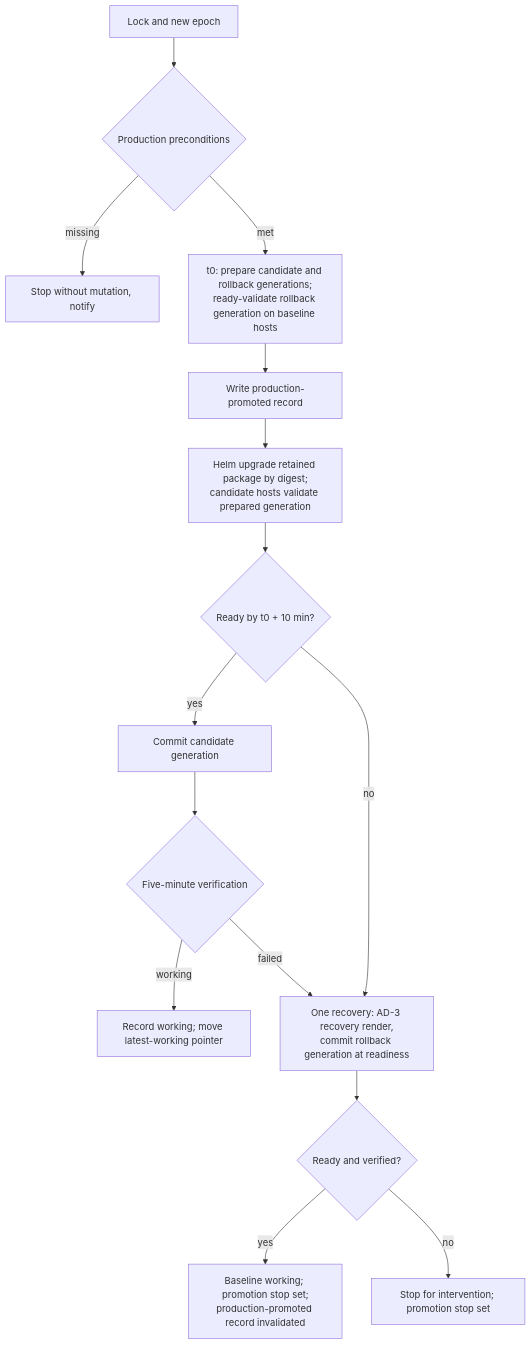
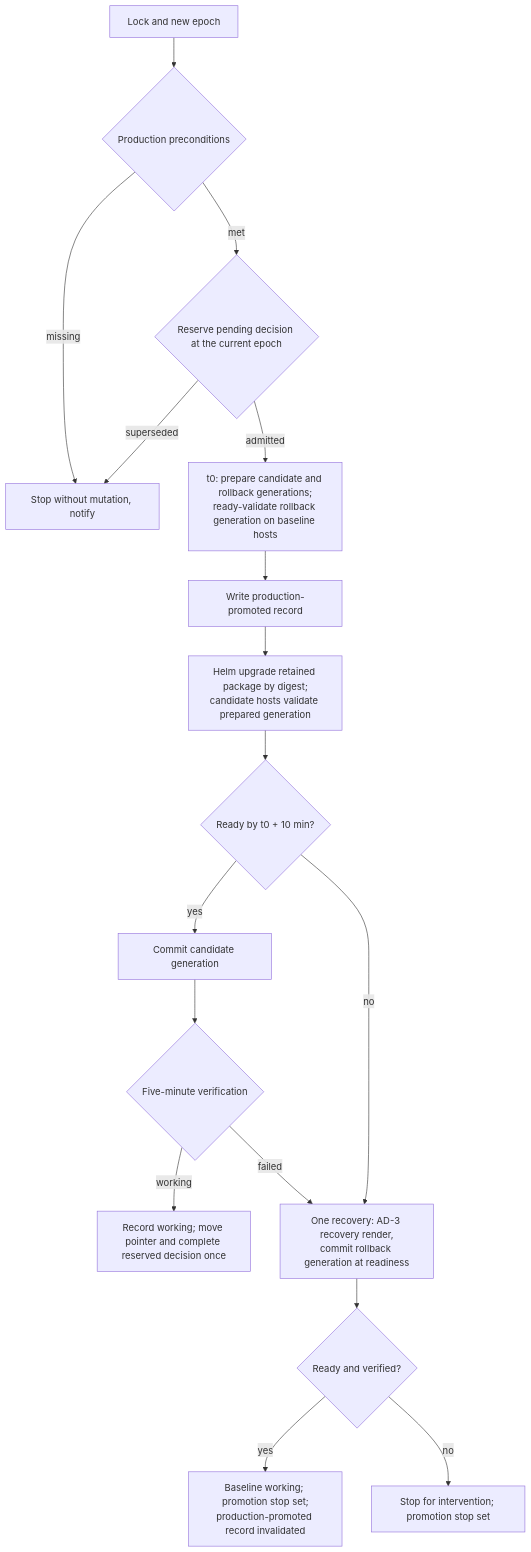
Before and after one commit to Hexalith/Hexalith.Platform: the second of 4 diagrams in _bmad-output/planning-artifacts/architecture/architecture-platform-2026-09-27/ARCHITECTURE-SPINE.md, drawn with Mermaid. The commit also changed other lines of this file and 41 other files, not shown here.

````diff
--- a/_bmad-output/planning-artifacts/architecture/architecture-platform-2026-09-27/ARCHITECTURE-SPINE.md
+++ b/_bmad-output/planning-artifacts/architecture/architecture-platform-2026-09-27/ARCHITECTURE-SPINE.md
@@ -295,17 +299,19 @@
 ```mermaid
 flowchart TD
     Lock["Lock and new epoch"] --> Pre{"Production preconditions"}
     Pre -- missing --> Halt0["Stop without mutation, notify"]
-    Pre -- met --> Prep["t0: prepare candidate and rollback generations;<br/>ready-validate rollback generation on baseline hosts"]
+    Pre -- met --> Reserve{"Reserve pending decision at the current epoch"}
+    Reserve -- superseded --> Halt0
+    Reserve -- admitted --> Prep["t0: prepare candidate and rollback generations;<br/>ready-validate rollback generation on baseline hosts"]
     Prep --> Promoted["Write production-promoted record"]
     Promoted --> Upgrade["Helm upgrade retained package by digest;<br/>candidate hosts validate prepared generation"]
     Upgrade --> Ready{"Ready by t0 + 10 min?"}
     Ready -- yes --> Commit["Commit candidate generation"]
     Commit --> Verify{"Five-minute verification"}
-    Verify -- working --> Working["Record working; move latest-working pointer"]
+    Verify -- working --> Working["Record working; move pointer and complete reserved decision once"]
     Ready -- no --> Recover["One recovery: AD-3 recovery render,<br/>commit rollback generation at readiness"]
     Verify -- failed --> Recover
     Recover --> Again{"Ready and verified?"}
     Again -- yes --> Restored["Baseline working; promotion stop set;<br/>production-promoted record invalidated"]
     Again -- no --> Intervene["Stop for intervention; promotion stop set"]
 ```
````
